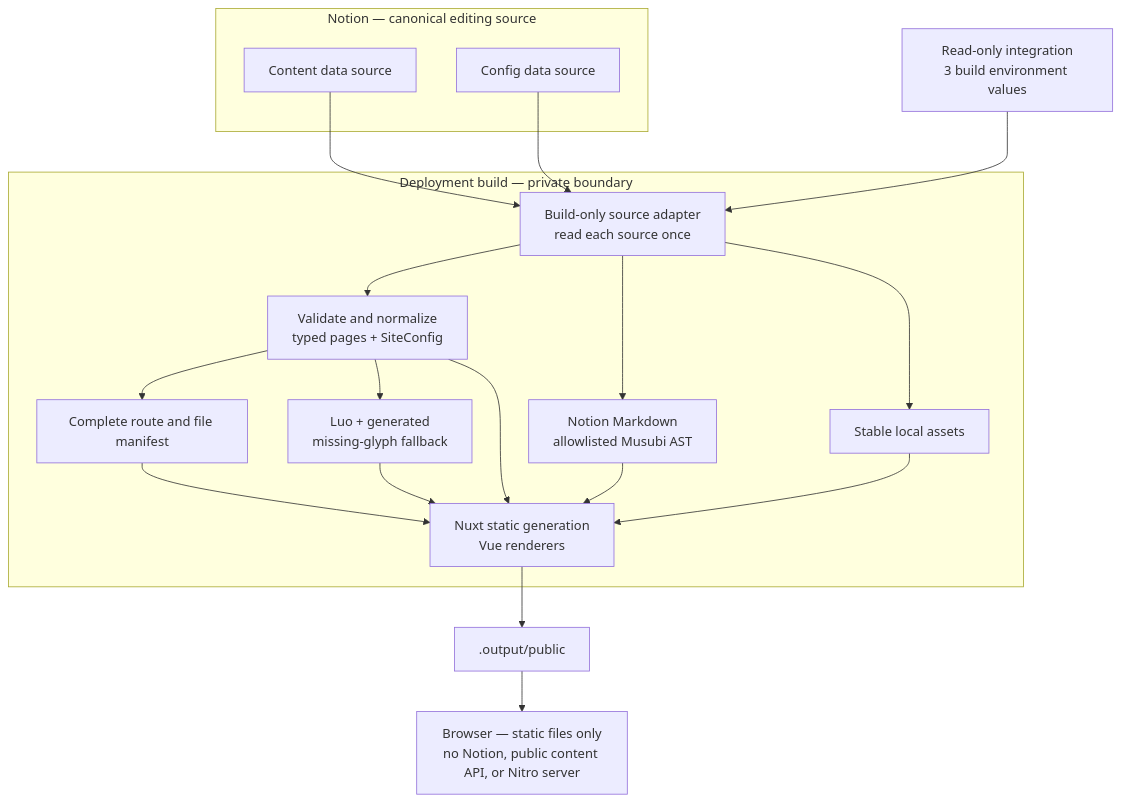
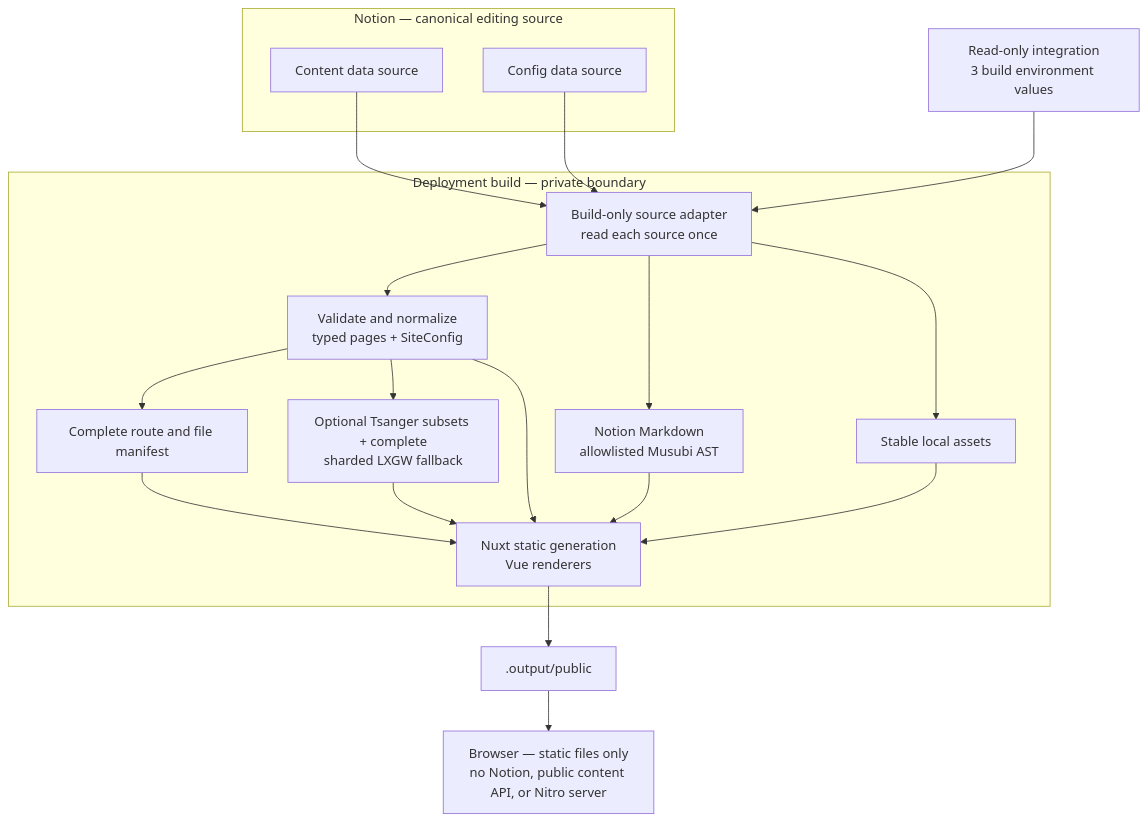
The diagram in .agents/docs/architecture.md (hyfdev/musubi), drawn with Mermaid before and after one commit. The commit also changed other lines of this file and 68 other files, not shown here.

````diff
--- a/.agents/docs/architecture.md
+++ b/.agents/docs/architecture.md
@@ -9,38 +9,38 @@
 ```mermaid
 flowchart TB
   subgraph notion["Notion — canonical editing source"]
     content["Content data source"]
     config["Config data source"]
   end
 
   env["Read-only integration\n3 build environment values"]
 
   subgraph build["Deployment build — private boundary"]
     adapter["Build-only source adapter\nread each source once"]
     normalize["Validate and normalize\ntyped pages + SiteConfig"]
     body["Notion Markdown\nallowlisted Musubi AST"]
     assets["Stable local assets"]
-    fonts["Luo + generated\nmissing-glyph fallback"]
+    fonts["Optional Tsanger subsets + complete\nsharded LXGW fallback"]
     manifest["Complete route and file manifest"]
     nuxt["Nuxt static generation\nVue renderers"]
   end
 
   output[".output/public"]
   browser["Browser — static files only\nno Notion, public content API, or Nitro server"]
 
   env --> adapter
   content --> adapter
   config --> adapter
   adapter --> normalize
   adapter --> body
   adapter --> assets
   normalize --> manifest
   normalize --> fonts
   normalize --> nuxt
   body --> nuxt
   assets --> nuxt
   fonts --> nuxt
   manifest --> nuxt
   nuxt --> output
   output --> browser
 ```
````
